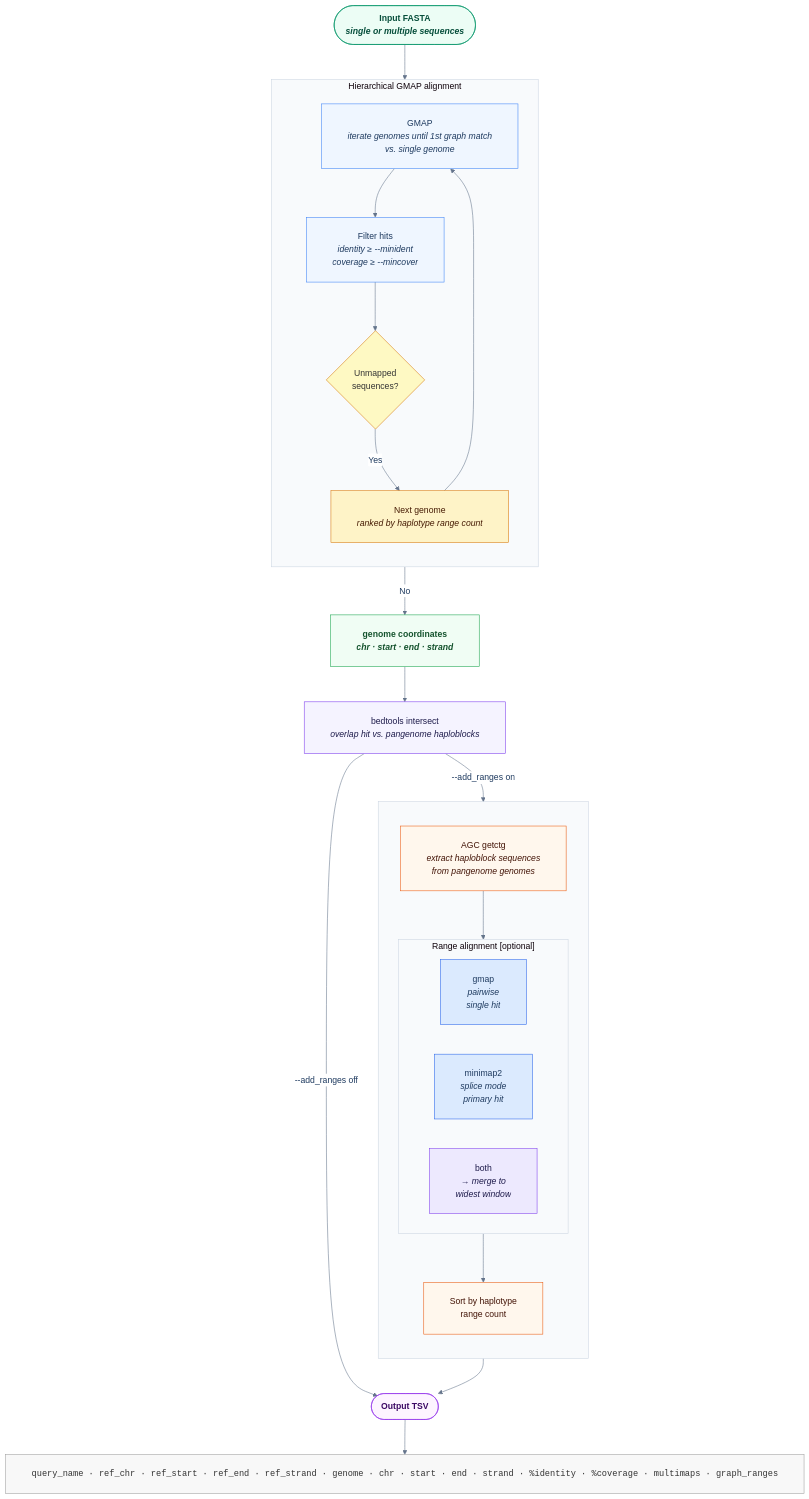
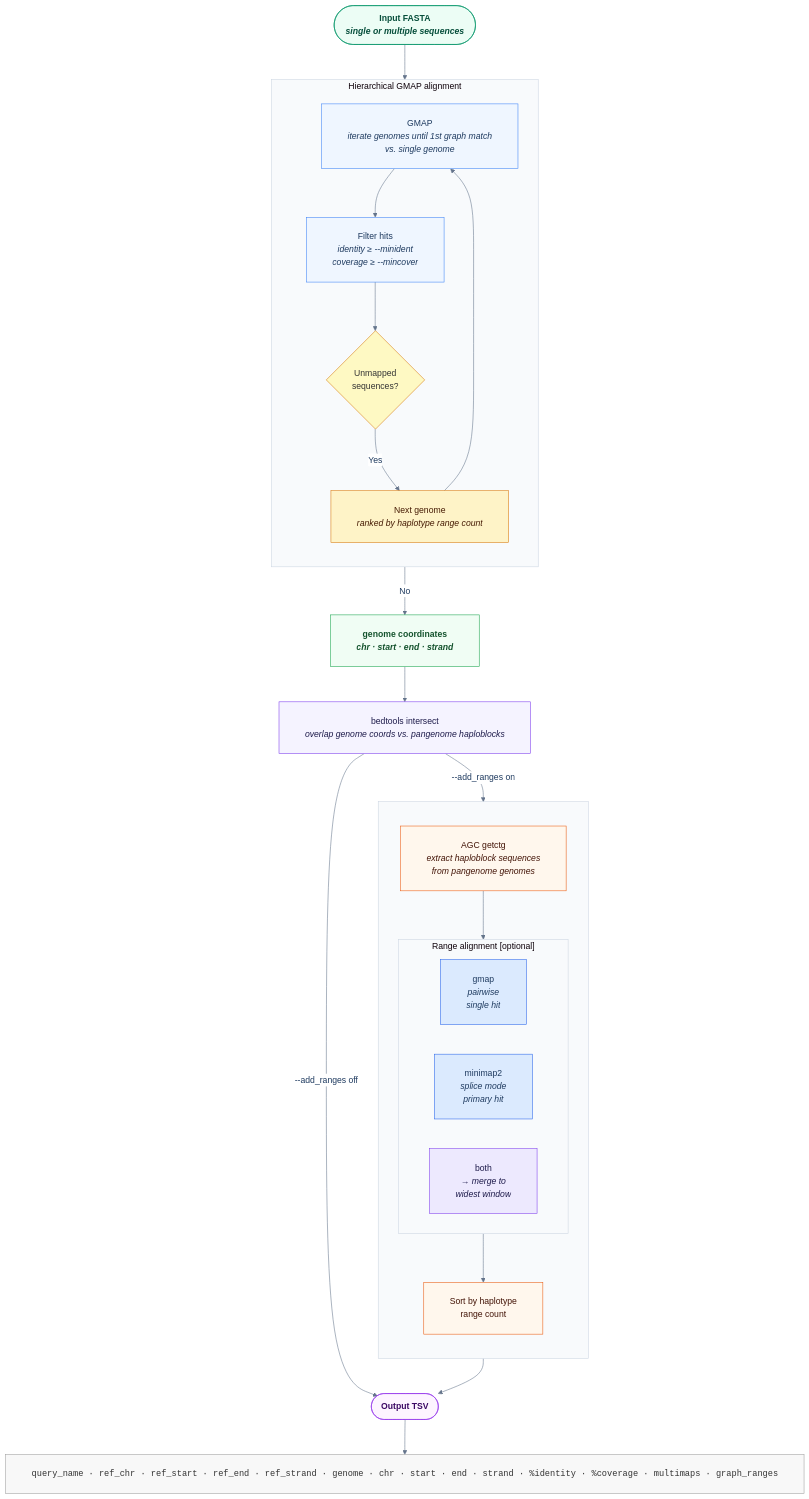
Before and after one commit to eead-csic-compbio/barleygraph: the diagram in miscellaneous/align2graph_workflow.mmd, drawn with Mermaid.

```diff
--- a/miscellaneous/align2graph_workflow.mmd
+++ b/miscellaneous/align2graph_workflow.mmd
@@ -1,84 +1,84 @@
 %%{init: {
   "theme": "base",
   "themeVariables": {
     "fontFamily": "Helvetica Neue, Helvetica, Arial, sans-serif",
     "fontSize": "16px",
     "primaryColor":        "#DBEAFE",
     "primaryTextColor":    "#1e3a5f",
     "primaryBorderColor":  "#3B82F6",
     "lineColor":           "#64748B",
     "secondaryColor":      "#FEF9C3",
     "tertiaryColor":       "#F0FDF4",
     "background":          "#ffffff",
     "clusterBkg":          "#F8FAFC",
     "clusterBorder":       "#CBD5E1",
     "edgeLabelBackground": "#ffffff"
   },
   "flowchart": {
     "curve": "basis",
     "padding": 24,
     "nodeSpacing": 55,
     "rankSpacing": 65,
     "diagramPadding": 40,
     "wrappingWidth": 3000
   }
 }}%%
 
 flowchart TD
 
     FASTA(["Input FASTA<br/><i>single or multiple sequences</i>"])
 
     subgraph LOOP ["Hierarchical GMAP alignment"]
         direction TB
         GMAP["GMAP<br/><i>iterate genomes until 1st graph match<br/>vs. single genome</i>"]
         FILTER["Filter hits<br/><i>identity ≥ --minident<br/>coverage ≥ --mincover</i>"]
         UNMAPPED{"Unmapped<br/>sequences?"}
         NEXTG["Next genome<br/><i>ranked by haplotype range count</i>"]
         GMAP --> FILTER --> UNMAPPED
         UNMAPPED -- "Yes" --> NEXTG --> GMAP
     end
 
     MATCHED["genome coordinates<br/><i>chr · start · end · strand</i>"]
 
-    BEDTOOLS["bedtools intersect<br/><i>overlap hit vs. pangenome haploblocks</i>"]
+    BEDTOOLS["bedtools intersect<br/><i>overlap genome coords vs. pangenome haploblocks</i>"]
 
     subgraph ADDRANGES ["  "]
         direction TB
         EXTRACT["AGC getctg<br/><i>extract haploblock sequences<br/>from pangenome genomes</i>"]
 
         subgraph ALIGNER ["Range alignment [optional]"]
             direction LR
             GMAP2["gmap<br/><i>pairwise<br/>single hit</i>"]
             MM2["minimap2<br/><i>splice mode<br/>primary hit</i>"]
             BOTH["both<br/><i>→ merge to<br/>widest window</i>"]
         end
 
         SORT["Sort by haplotype<br/>range count"]
         EXTRACT --> ALIGNER --> SORT
     end
 
     TSV(["Output TSV"])
     EXAMPLE["query_name · ref_chr · ref_start · ref_end · ref_strand · genome · chr · start · end · strand · %identity · %coverage · multimaps · graph_ranges"]
 
     FASTA      --> LOOP
     UNMAPPED   -- "No" --> MATCHED
     MATCHED    --> BEDTOOLS
     BEDTOOLS   -- "--add_ranges off" --> TSV
     BEDTOOLS   -- "--add_ranges on" --> EXTRACT
     SORT       --> TSV
     TSV        --> EXAMPLE
 
     style FASTA      fill:#ECFDF5,stroke:#059669,color:#064E3B,font-weight:bold
     style GMAP       fill:#EFF6FF,stroke:#3B82F6,color:#1e3a5f
     style FILTER     fill:#EFF6FF,stroke:#3B82F6,color:#1e3a5f
     style UNMAPPED   fill:#FEF9C3,stroke:#D97706,color:#333
     style NEXTG      fill:#FEF3C7,stroke:#D97706,color:#451A03
     style MATCHED    fill:#F0FDF4,stroke:#16A34A,color:#14532D,font-weight:bold
     style BEDTOOLS   fill:#F5F3FF,stroke:#7C3AED,color:#1e1b4b
     style EXTRACT    fill:#FFF7ED,stroke:#EA580C,color:#431407
     style GMAP2      fill:#DBEAFE,stroke:#2563EB,color:#1e3a5f
     style MM2        fill:#DBEAFE,stroke:#2563EB,color:#1e3a5f
     style BOTH       fill:#EDE9FE,stroke:#7C3AED,color:#1e1b4b
     style SORT       fill:#FFF7ED,stroke:#EA580C,color:#431407
     style TSV        fill:#FDF4FF,stroke:#9333EA,color:#3b0764,font-weight:bold
     style EXAMPLE    fill:#F8F8F8,stroke:#9E9E9E,color:#333,font-family:monospace
```
